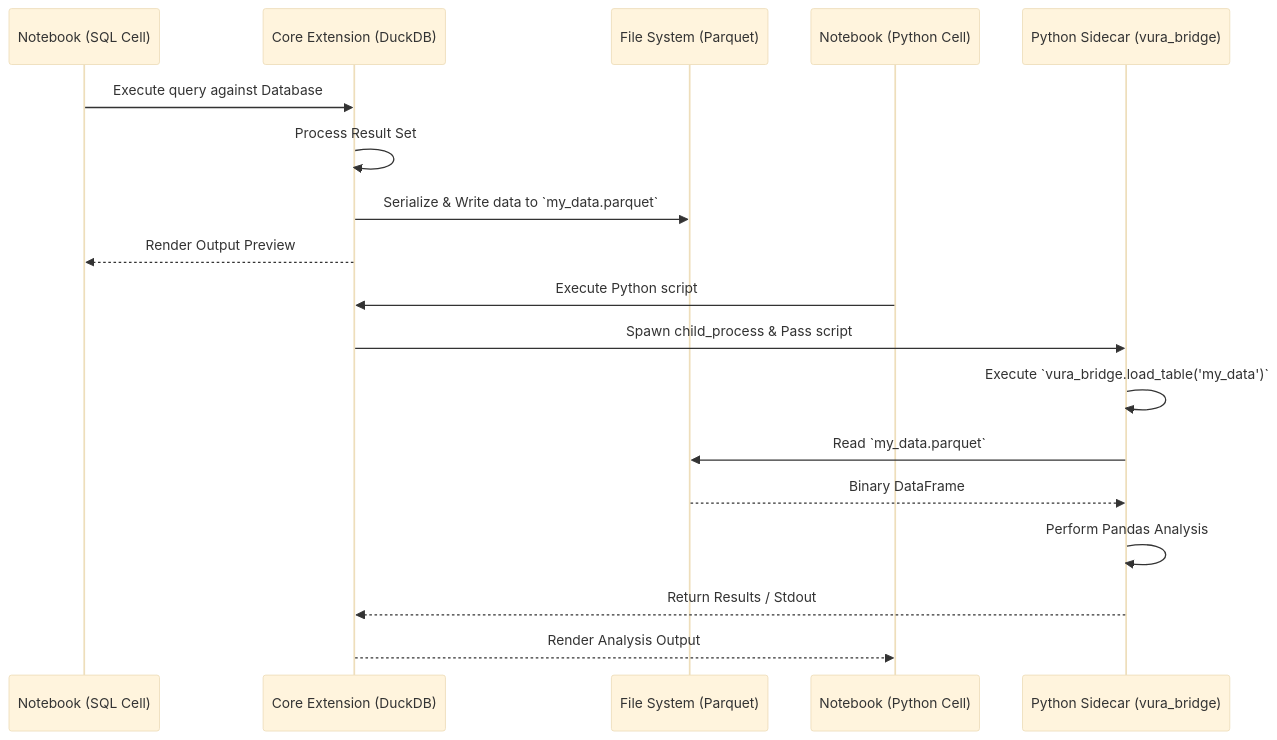
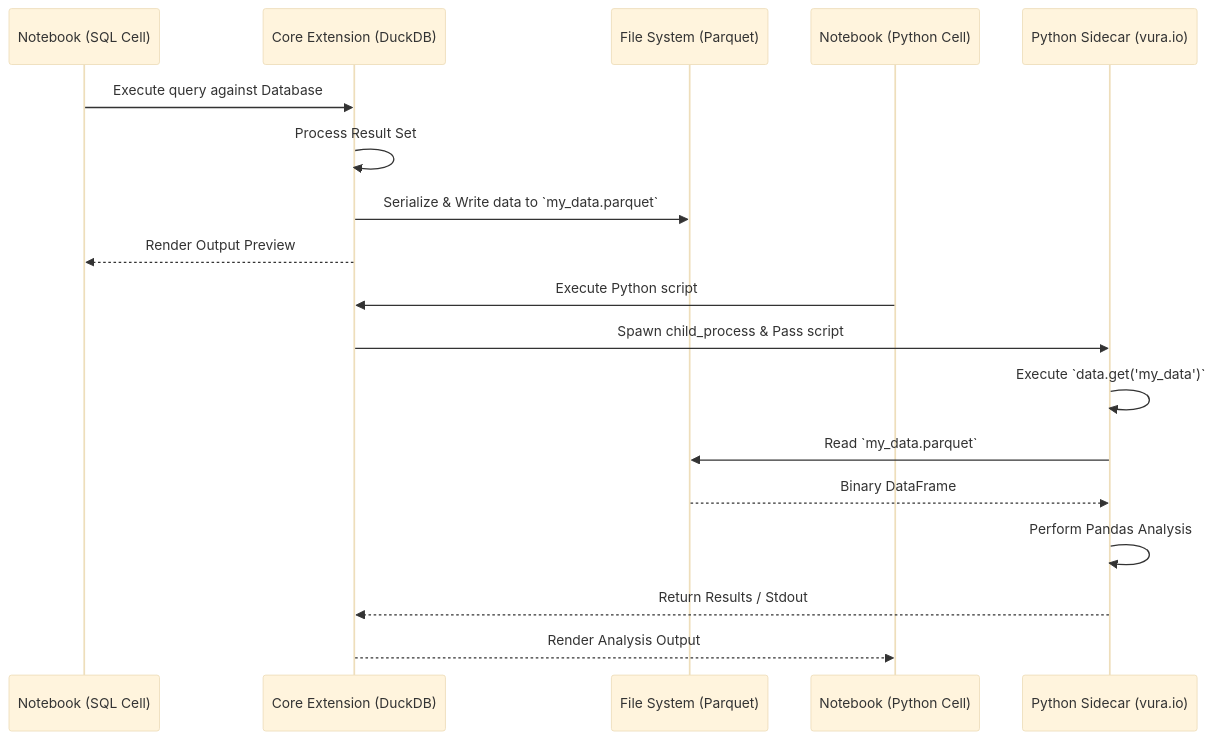
The first of 2 diagrams in docs/architecture.md (nexionlabsdev/vura-public), drawn with Mermaid (base theme) before and after one commit. The commit also changed other lines of this file and 52 other files, not shown here.

````diff
--- a/docs/architecture.md
+++ b/docs/architecture.md
@@ -15,24 +15,24 @@
 ```mermaid
 sequenceDiagram
     participant SQLCell as Notebook (SQL Cell)
     participant CoreExt as Core Extension (DuckDB)
     participant Storage as File System (Parquet)
     participant PythonCell as Notebook (Python Cell)
-    participant PythonSidecar as Python Sidecar (vura_bridge)
+    participant PythonSidecar as Python Sidecar (vura.io)
 
     %% SQL Cell Execution
     SQLCell->>CoreExt: Execute query against Database
     CoreExt->>CoreExt: Process Result Set
     CoreExt->>Storage: Serialize & Write data to `my_data.parquet`
     CoreExt-->>SQLCell: Render Output Preview
 
     %% Python Cell Execution
     PythonCell->>CoreExt: Execute Python script
     CoreExt->>PythonSidecar: Spawn child_process & Pass script
-    PythonSidecar->>PythonSidecar: Execute `vura_bridge.load_table('my_data')`
+    PythonSidecar->>PythonSidecar: Execute `data.get('my_data')`
     PythonSidecar->>Storage: Read `my_data.parquet`
     Storage-->>PythonSidecar: Binary DataFrame
     PythonSidecar->>PythonSidecar: Perform Pandas Analysis
     PythonSidecar-->>CoreExt: Return Results / Stdout
     CoreExt-->>PythonCell: Render Analysis Output
 ```
````
